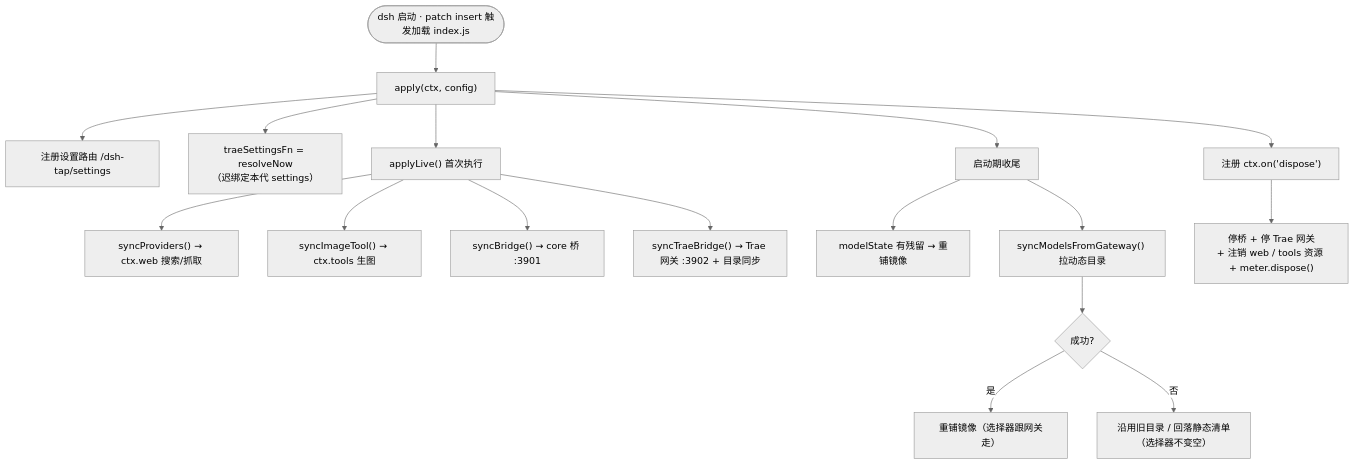
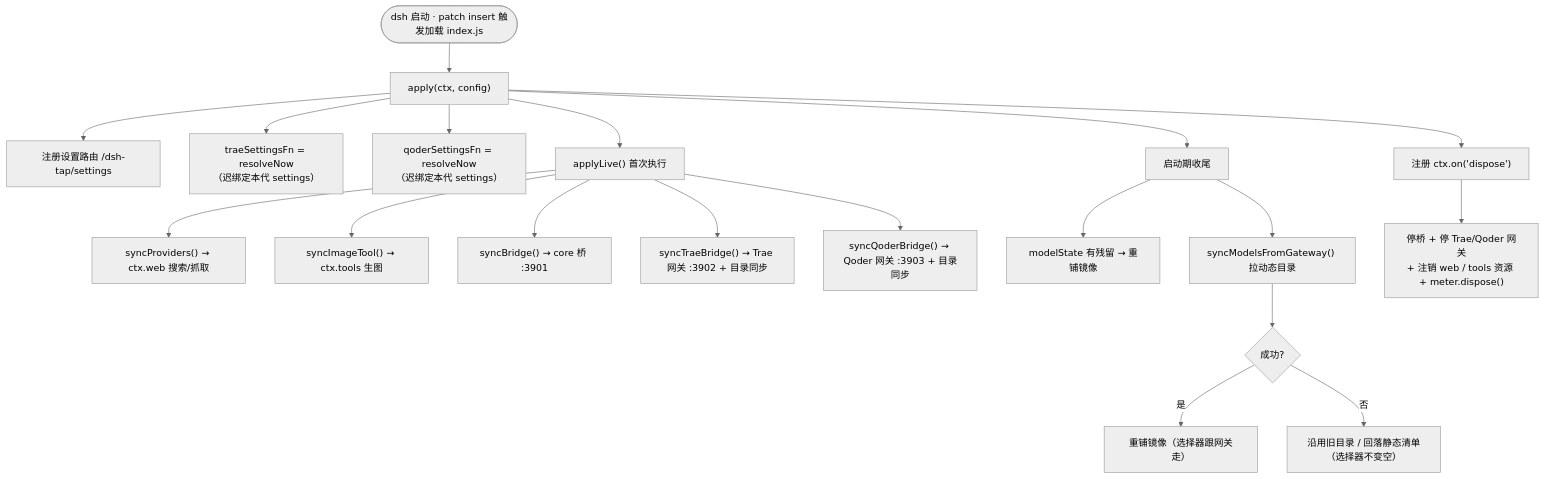
One commit to taikaikaikai-pixel/dsh-codebuddy-plugin changed the first of 2 diagrams in wiki/02-composition-root.md. Above: the diagram before and after it, drawn with Mermaid (neutral theme). The commit also changed other lines of this file and 8 other files, not shown here.

````diff
--- a/wiki/02-composition-root.md
+++ b/wiki/02-composition-root.md
@@ -75,19 +82,21 @@
 ```mermaid
 flowchart TB
     START(["dsh 启动 · patch insert 触发加载 index.js"]) --> APPLY["apply(ctx, config)"]
     APPLY --> ROUTE["注册设置路由 /dsh-tap/settings"]
     APPLY --> TSN["traeSettingsFn = resolveNow<br/>（迟绑定本代 settings）"]
+    APPLY --> QSN["qoderSettingsFn = resolveNow<br/>（迟绑定本代 settings）"]
     APPLY --> LIVE["applyLive() 首次执行"]
     LIVE --> F1["syncProviders() → ctx.web 搜索/抓取"]
     LIVE --> F2["syncImageTool() → ctx.tools 生图"]
     LIVE --> F3["syncBridge() → core 桥 :3901"]
     LIVE --> F4["syncTraeBridge() → Trae 网关 :3902 + 目录同步"]
+    LIVE --> F5["syncQoderBridge() → Qoder 网关 :3903 + 目录同步"]
     APPLY --> BOOT["启动期收尾"]
     BOOT --> B1["modelState 有残留 → 重铺镜像"]
     BOOT --> B2["syncModelsFromGateway() 拉动态目录"]
     B2 --> B3{"成功?"}
     B3 -->|是| B4["重铺镜像（选择器跟网关走）"]
     B3 -->|否| B5["沿用旧目录 / 回落静态清单（选择器不变空）"]
     APPLY --> DISP["注册 ctx.on('dispose')"]
-    DISP --> D["停桥 + 停 Trae 网关<br/>+ 注销 web / tools 资源 + meter.dispose()"]
+    DISP --> D["停桥 + 停 Trae/Qoder 网关<br/>+ 注销 web / tools 资源 + meter.dispose()"]
 ```
````
